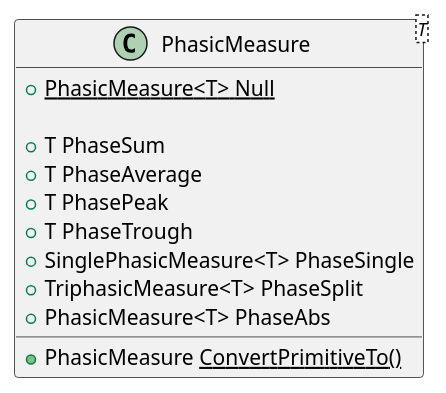
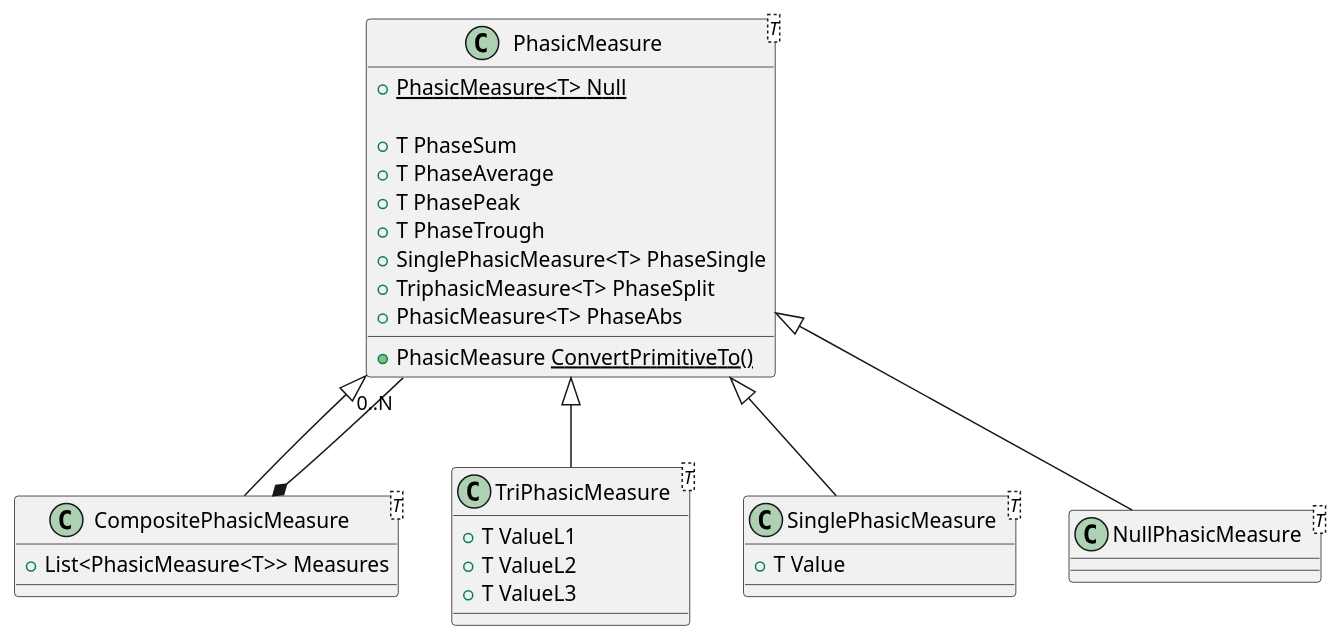
Before and after one commit to altibiz/ozds: diagram 11 of 15 in docs/structure/business/index.md, drawn with PlantUML. The commit also changed other lines of this file, not shown here.

````diff
--- a/docs/structure/business/index.md
+++ b/docs/structure/business/index.md
@@ -308,16 +308,42 @@
 ```plantuml
 class PhasicMeasure<T>
 {
   + {static} PhasicMeasure<T> Null
 
   + T PhaseSum
   + T PhaseAverage
   + T PhasePeak
   + T PhaseTrough
   + SinglePhasicMeasure<T> PhaseSingle
   + TriphasicMeasure<T> PhaseSplit
   + PhasicMeasure<T> PhaseAbs
 
   + PhasicMeasure<U> ConvertPrimitiveTo<U>()
 }
+
+class CompositePhasicMeasure<T>
+{
+  + List<PhasicMeasure<T>> Measures
+}
+
+class TriPhasicMeasure<T>
+{
+  + T ValueL1
+  + T ValueL2
+  + T ValueL3
+}
+
+class SinglePhasicMeasure<T>
+{
+  + T Value
+}
+
+class NullPhasicMeasure<T>
+
+CompositePhasicMeasure *-- "0..N" PhasicMeasure
+
+PhasicMeasure <|-- SinglePhasicMeasure
+PhasicMeasure <|-- TriPhasicMeasure
+PhasicMeasure <|-- NullPhasicMeasure
+PhasicMeasure <|-- CompositePhasicMeasure
 ```
````
